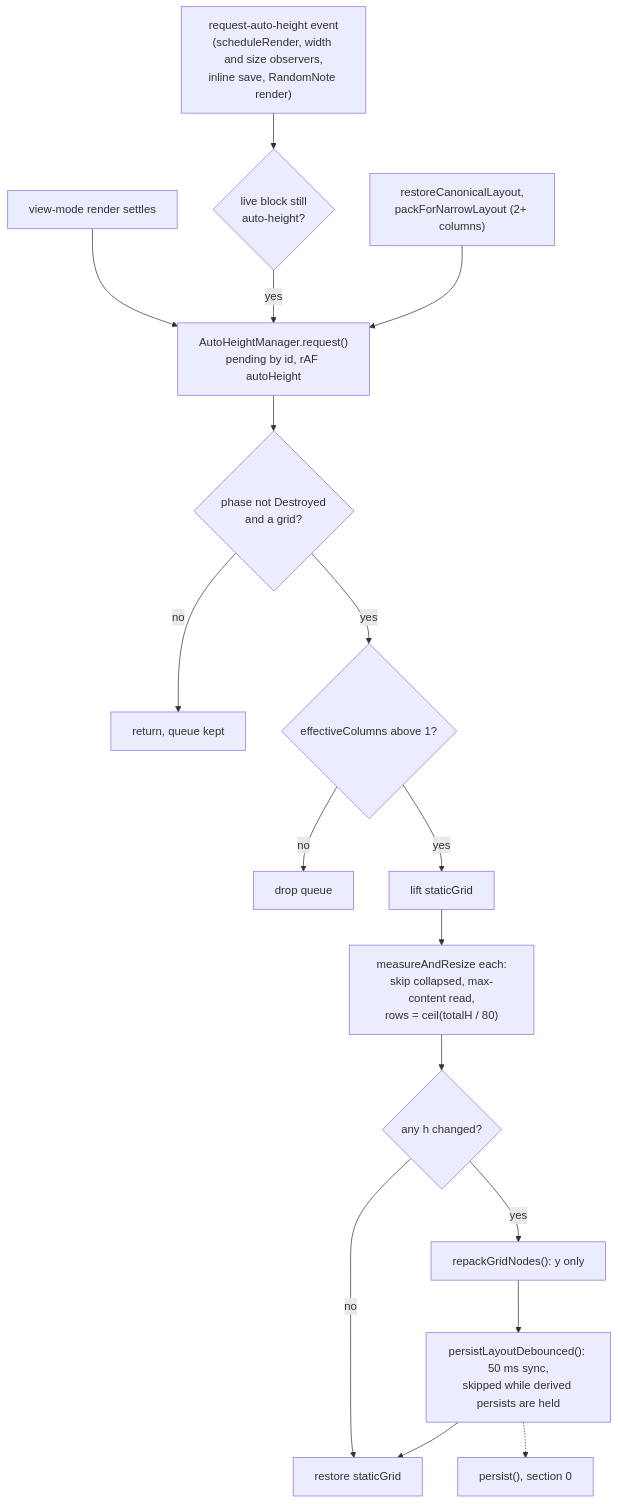
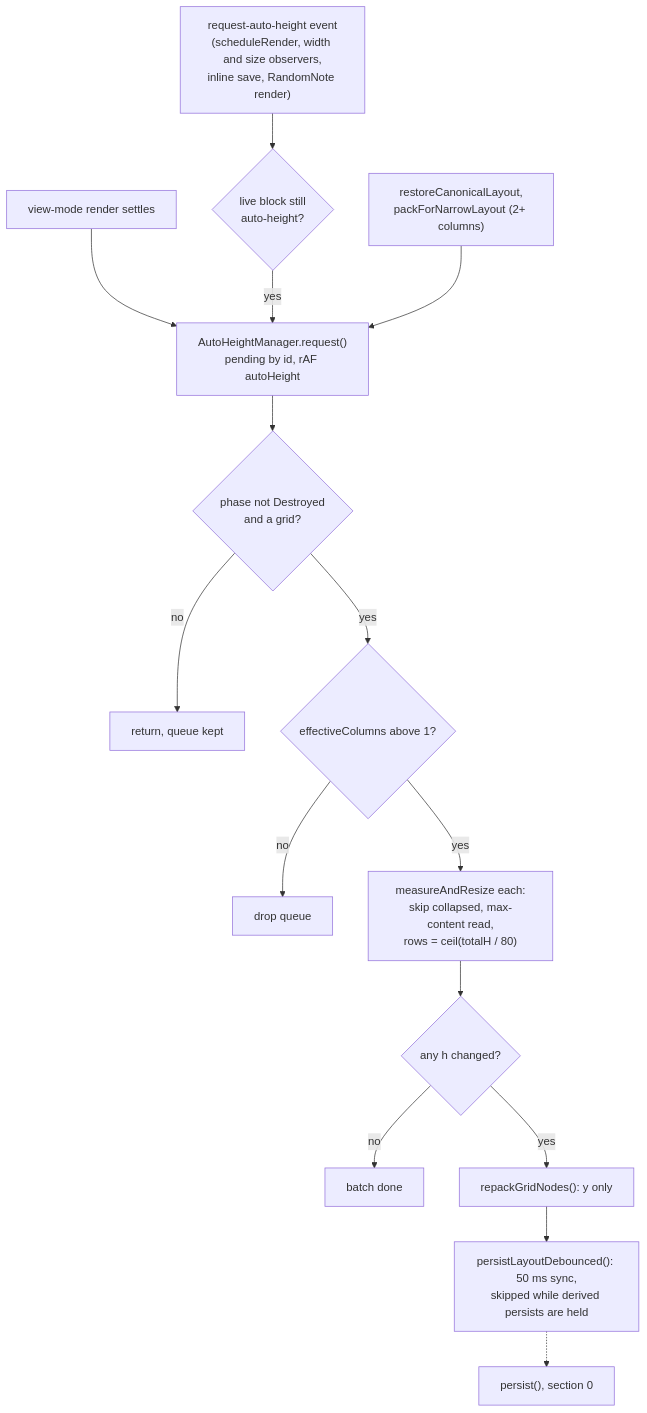
One commit to acaprino/obsidian-plugin-homepage changed the tenth of 15 diagrams in docs/flows.md. Above: the diagram before and after it, drawn with Mermaid. The commit also changed other lines of this file and 9 other files, not shown here.

First line of the commit message:
docs: citations follow the review fixes and every GridLayout.ts citation was read, the grip, the constructor and the static auto-height batch are described, module map line counts updated

````diff
--- a/docs/flows.md
+++ b/docs/flows.md
@@ -634,19 +633,17 @@
 ```mermaid
 flowchart TD
   R1["view-mode render settles"] --> Q["AutoHeightManager.request()<br/>pending by id, rAF autoHeight"]
   R2["request-auto-height event<br/>(scheduleRender, width and size observers,<br/>inline save, RandomNote render)"] --> L{"live block still<br/>auto-height?"}
   L -- "yes" --> Q
   R3["restoreCanonicalLayout,<br/>packForNarrowLayout (2+ columns)"] --> Q
   Q --> B0{"phase not Destroyed<br/>and a grid?"}
   B0 -- "no" --> Z0["return, queue kept"]
   B0 -- "yes" --> B{"effectiveColumns above 1?"}
   B -- "no" --> Z["drop queue"]
-  B -- "yes" --> S["lift staticGrid"]
-  S --> M["measureAndResize each:<br/>skip collapsed, max-content read,<br/>rows = ceil(totalH / 80)"]
+  B -- "yes" --> M["measureAndResize each:<br/>skip collapsed, max-content read,<br/>rows = ceil(totalH / 80)"]
   M --> C{"any h changed?"}
-  C -- "no" --> F["restore staticGrid"]
+  C -- "no" --> E["batch done"]
   C -- "yes" --> RP["repackGridNodes(): y only"]
   RP --> PD["persistLayoutDebounced(): 50 ms sync,<br/>skipped while derived persists are held"]
-  PD --> F
   PD -.-> PS["persist(), section 0"]
 ```
````
